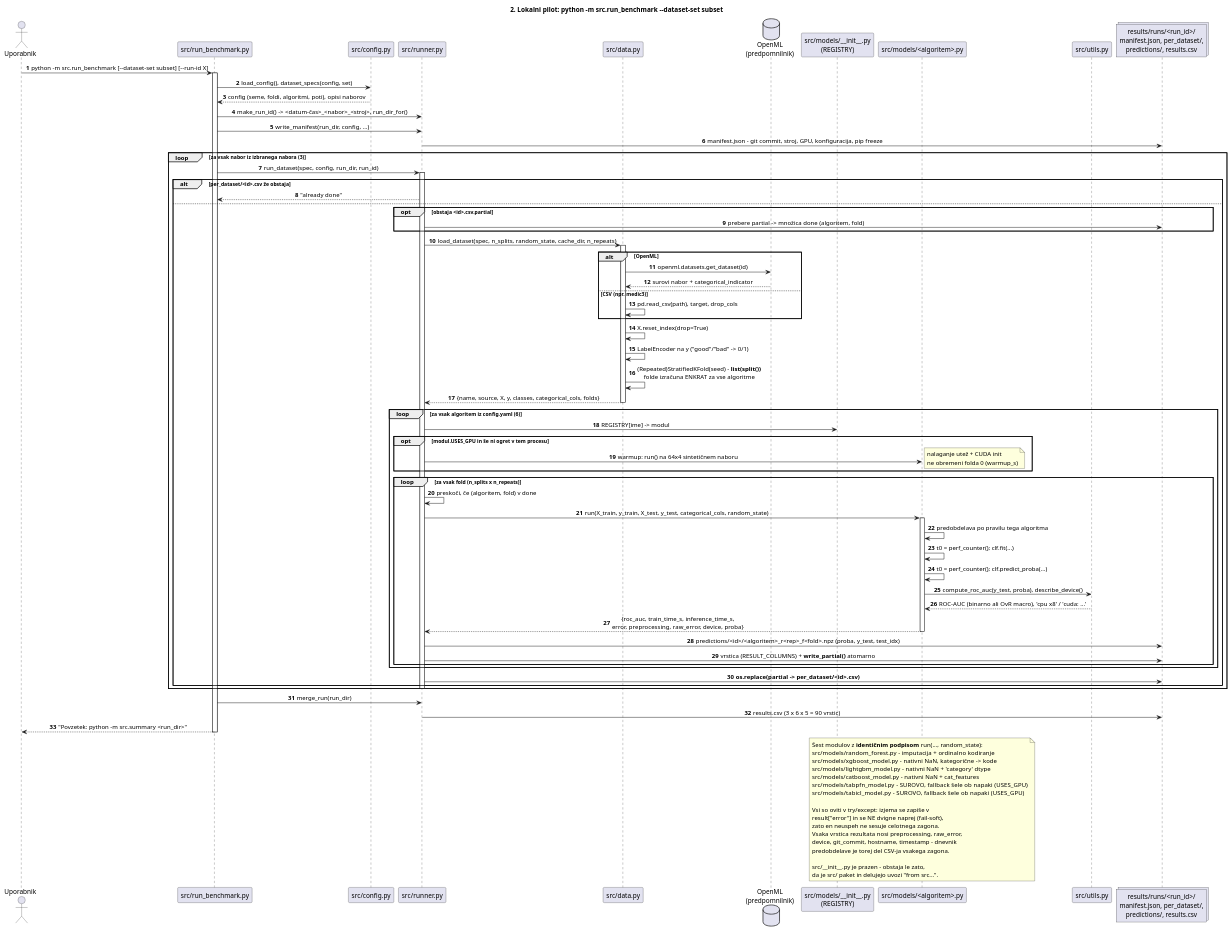
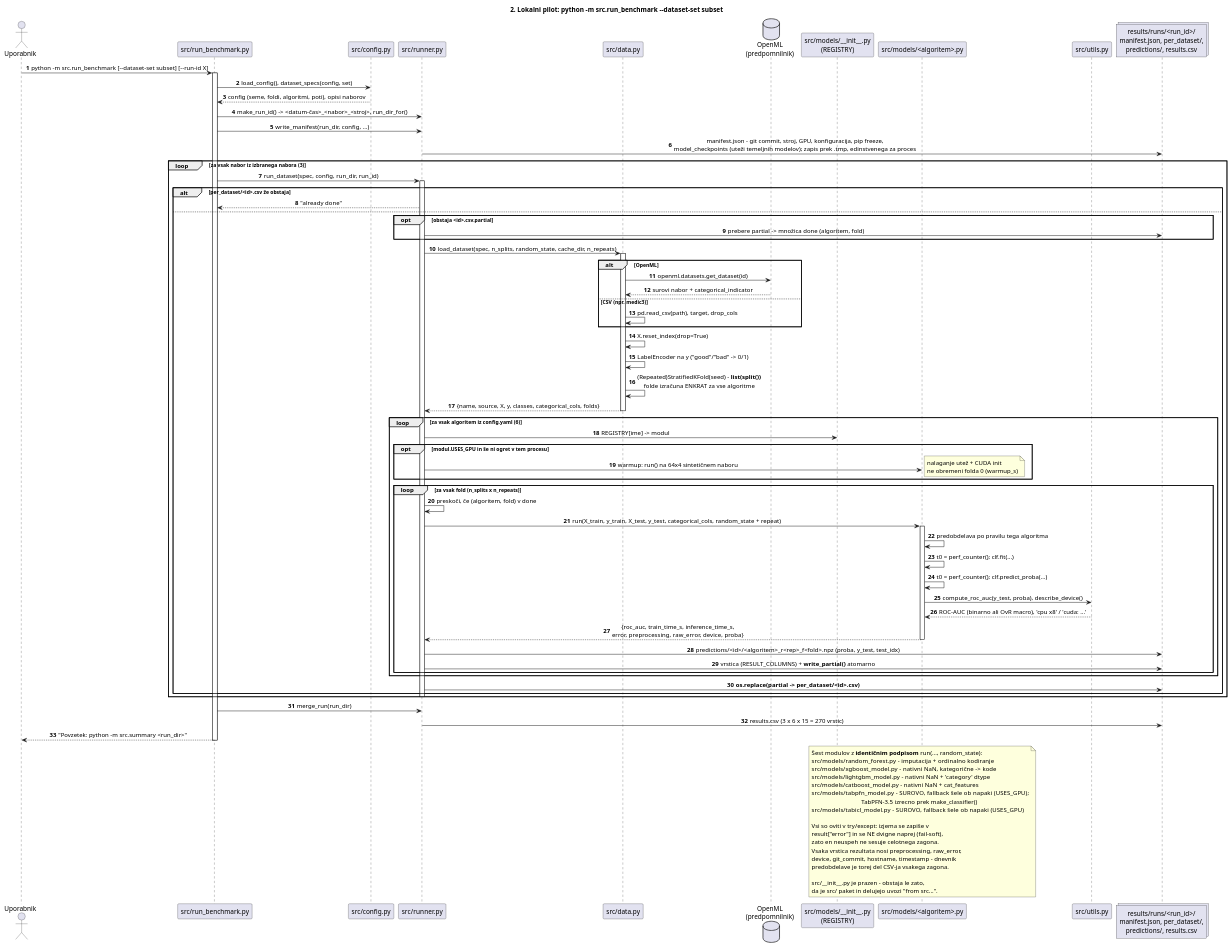
One commit to TilenZrnec/Diplomsko-delo_Koda changed the second of 4 diagrams in razlaga_repozitorija/zaporedje.puml. Above: the diagram before and after it, drawn with PlantUML. The commit also changed other lines of this file and 24 other files, not shown here.

```diff
--- a/razlaga_repozitorija/zaporedje.puml
+++ b/razlaga_repozitorija/zaporedje.puml
@@ -94,101 +95,102 @@
 @startuml 02_lokalni_pilot
 title 2. Lokalni pilot: python -m src.run_benchmark ~--dataset-set subset
 
 skinparam sequenceMessageAlign center
 autonumber
 
 actor "Uporabnik" as U
 participant "src/run_benchmark.py" as BENCH
 participant "src/config.py" as CFGPY
 participant "src/runner.py" as RUN
 participant "src/data.py" as DATA
 database "OpenML\n(predpomnilnik)" as OML
 participant "src/models/~__init~__.py\n(REGISTRY)" as REG
 participant "src/models/<algoritem>.py" as MODEL
 participant "src/utils.py" as UTILS
 collections "results/runs/<run_id>/\nmanifest.json, per_dataset/,\npredictions/, results.csv" as OUT
 
 U -> BENCH : python -m src.run_benchmark [~--dataset-set subset] [~--run-id X]
 activate BENCH
 
 BENCH -> CFGPY : load_config(), dataset_specs(config, set)
 CFGPY --> BENCH : config (seme, foldi, algoritmi, poti), opisi naborov
 BENCH -> RUN : make_run_id() -> <datum-čas>_<nabor>_<stroj>, run_dir_for()
 BENCH -> RUN : write_manifest(run_dir, config, ...)
-RUN -> OUT : manifest.json - git commit, stroj, GPU, konfiguracija, pip freeze
+RUN -> OUT : manifest.json - git commit, stroj, GPU, konfiguracija, pip freeze,\nmodel_checkpoints (uteži temeljnih modelov); zapis prek .tmp, edinstvenega za proces
 
 loop za vsak nabor iz izbranega nabora (3)
     BENCH -> RUN : run_dataset(spec, config, run_dir, run_id)
     activate RUN
     alt per_dataset/<id>.csv že obstaja
         RUN --> BENCH : "already done"
     else
         opt obstaja <id>.csv.partial
             RUN -> OUT : prebere partial -> množica done (algoritem, fold)
         end
         RUN -> DATA : load_dataset(spec, n_splits, random_state, cache_dir, n_repeats)
         activate DATA
         alt OpenML
             DATA -> OML : openml.datasets.get_dataset(id)
             OML --> DATA : surovi nabor + categorical_indicator
         else CSV (npr. medic3)
             DATA -> DATA : pd.read_csv(path), target, drop_cols
         end
         DATA -> DATA : X.reset_index(drop=True)
         DATA -> DATA : LabelEncoder na y ("good"/"bad" -> 0/1)
         DATA -> DATA : (Repeated)StratifiedKFold(seed) - **list(split())**\nfolde izračuna ENKRAT za vse algoritme
         DATA --> RUN : {name, source, X, y, classes, categorical_cols, folds}
         deactivate DATA
 
         loop za vsak algoritem iz config.yaml (6)
             RUN -> REG : REGISTRY[ime] -> modul
             opt modul.USES_GPU in še ni ogret v tem procesu
                 RUN -> MODEL : warmup: run() na 64x4 sintetičnem naboru
                 note right: nalaganje utež + CUDA init\nne obremeni folda 0 (warmup_s)
             end
             loop za vsak fold (n_splits x n_repeats)
                 RUN -> RUN : preskoči, če (algoritem, fold) v done
-                RUN -> MODEL : run(X_train, y_train, X_test, y_test, categorical_cols, random_state)
+                RUN -> MODEL : run(X_train, y_train, X_test, y_test, categorical_cols, random_state + repeat)
                 activate MODEL
                 MODEL -> MODEL : predobdelava po pravilu tega algoritma
                 MODEL -> MODEL : t0 = perf_counter(); clf.fit(...)
                 MODEL -> MODEL : t0 = perf_counter(); clf.predict_proba(...)
                 MODEL -> UTILS : compute_roc_auc(y_test, proba), describe_device()
                 UTILS --> MODEL : ROC-AUC (binarno ali OvR macro), 'cpu x8' / 'cuda: ...'
                 MODEL --> RUN : {roc_auc, train_time_s, inference_time_s,\nerror, preprocessing, raw_error, device, proba}
                 deactivate MODEL
                 RUN -> OUT : predictions/<id>/<algoritem>_r<rep>_f<fold>.npz (proba, y_test, test_idx)
                 RUN -> OUT : vrstica (RESULT_COLUMNS) + **write_partial()** atomarno
             end
         end
         RUN -> OUT : **os.replace(partial -> per_dataset/<id>.csv)**
     end
     deactivate RUN
 end
 
 BENCH -> RUN : merge_run(run_dir)
-RUN -> OUT : results.csv (3 x 6 x 5 = 90 vrstic)
+RUN -> OUT : results.csv (3 x 6 x 15 = 270 vrstic)
 BENCH --> U : "Povzetek: python -m src.summary <run_dir>"
 deactivate BENCH
 
 note over MODEL
   Šest modulov z **identičnim podpisom** run(..., random_state):
   src/models/random_forest.py   - imputacija + ordinalno kodiranje
   src/models/xgboost_model.py   - nativni NaN, kategorične -> kode
   src/models/lightgbm_model.py  - nativni NaN + 'category' dtype
   src/models/catboost_model.py  - nativni NaN + cat_features
-  src/models/tabpfn_model.py    - SUROVO, fallback šele ob napaki (USES_GPU)
+  src/models/tabpfn_model.py    - SUROVO, fallback šele ob napaki (USES_GPU);
+                                  TabPFN-3.5 izrecno prek make_classifier()
   src/models/tabicl_model.py    - SUROVO, fallback šele ob napaki (USES_GPU)
 
   Vsi so oviti v try/except: izjema se zapiše v
   result["error"] in se NE dvigne naprej (fail-soft),
   zato en neuspeh ne sesuje celotnega zagona.
   Vsaka vrstica rezultata nosi preprocessing, raw_error,
   device, git_commit, hostname, timestamp - dnevnik
   predobdelave je torej del CSV-ja vsakega zagona.
 
   src/~__init~__.py je prazen - obstaja le zato,
   da je src/ paket in delujejo uvozi "from src...".
 end note
 
 @enduml
```
